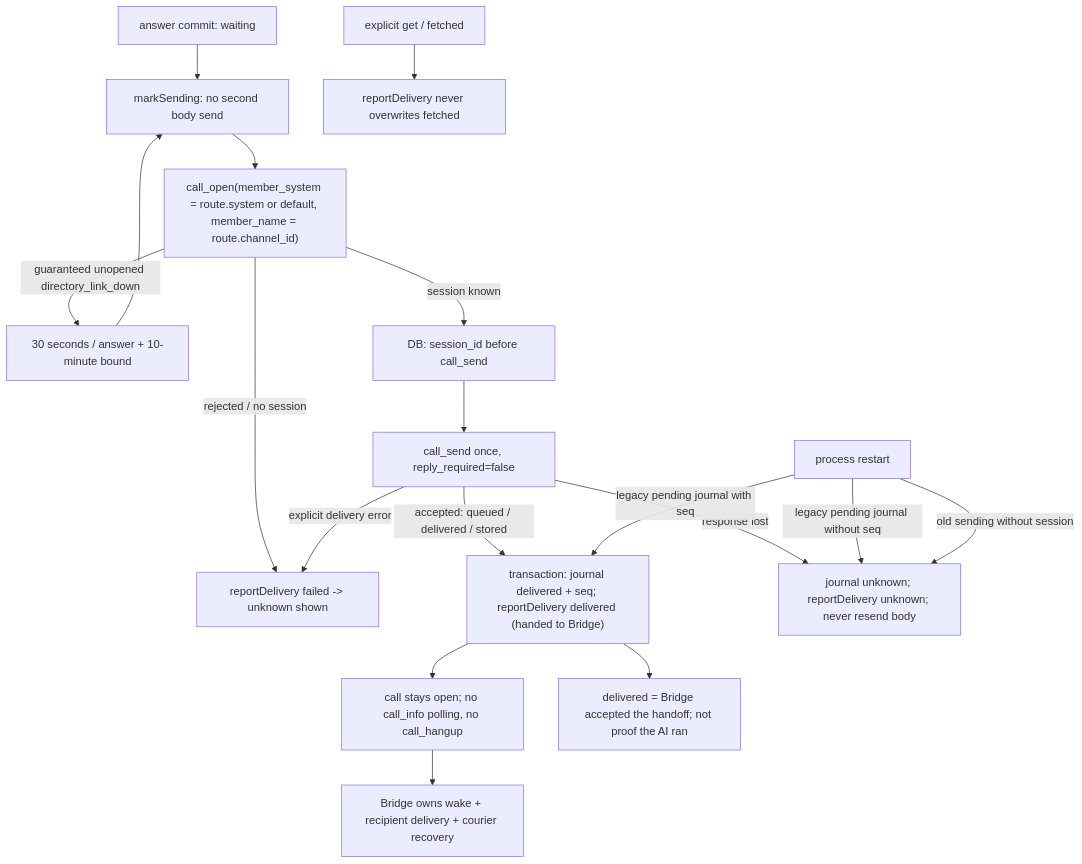
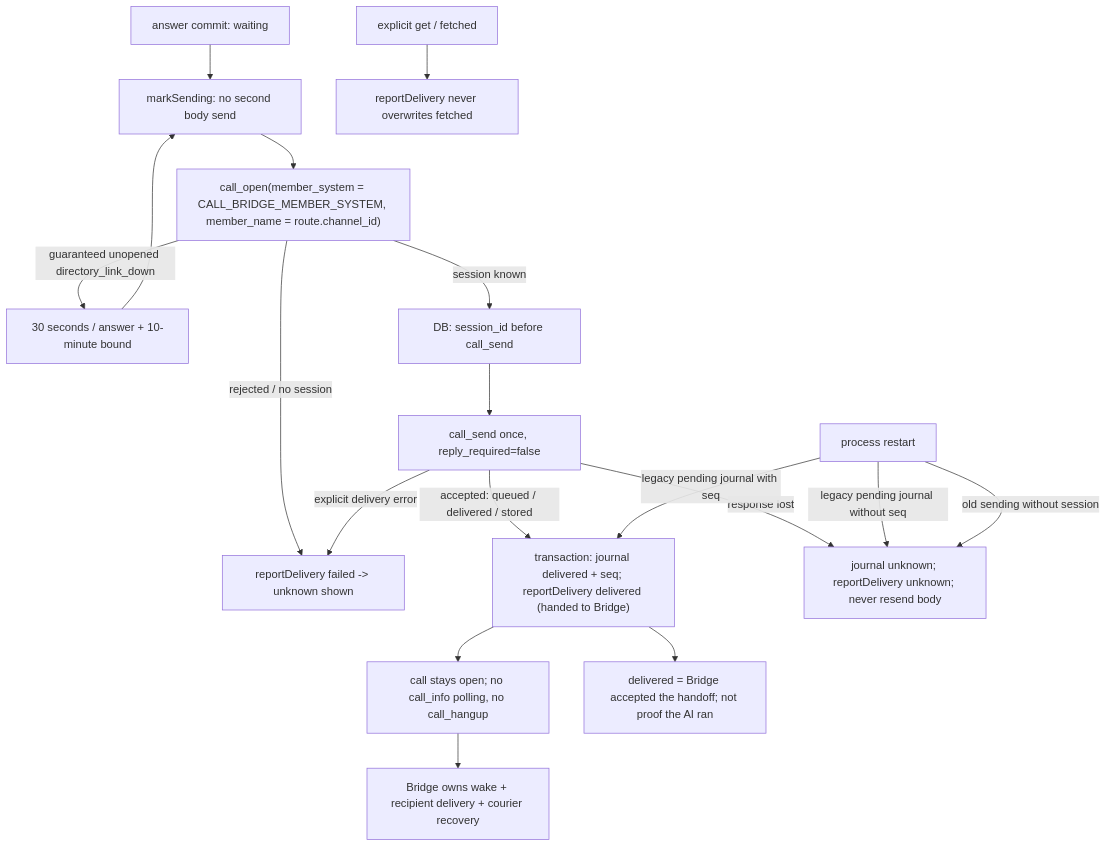
The diagram in docs/architecture/grok-delivery/delivery.mmd (kitepon/approval-box), drawn with Mermaid before and after one commit. The commit also changed 2 other files, not shown here.

Commit message:
docs(delivery): keep the member system per Bridge connection; ordinary routes stay unchanged

```diff
--- a/docs/architecture/grok-delivery/delivery.mmd
+++ b/docs/architecture/grok-delivery/delivery.mmd
@@ -1,18 +1,18 @@
 flowchart TD
  Answer["answer commit: waiting"] --> Claim["markSending: no second body send"]
- Claim --> Open["call_open(member_system = route.system or default, member_name = route.channel_id)"]
+ Claim --> Open["call_open(member_system = CALL_BRIDGE_MEMBER_SYSTEM, member_name = route.channel_id)"]
  Open -->|guaranteed unopened directory_link_down| Retry["30 seconds / answer + 10-minute bound"]
  Retry --> Claim
  Open -->|rejected / no session| Failed["reportDelivery failed -> unknown shown"]
  Open -->|session known| Checkpoint["DB: session_id before call_send"]
  Checkpoint --> Send["call_send once, reply_required=false"]
  Send -->|accepted: queued / delivered / stored| Handed["transaction: journal delivered + seq; reportDelivery delivered (handed to Bridge)"]
  Send -->|explicit delivery error| Failed
  Send -->|response lost| Unknown["journal unknown; reportDelivery unknown; never resend body"]
  Handed --> Open2["call stays open; no call_info polling, no call_hangup"]
  Open2 --> BridgeOwns["Bridge owns wake + recipient delivery + courier recovery"]
  Restart["process restart"] -->|legacy pending journal with seq| Handed
  Restart -->|legacy pending journal without seq| Unknown
  Restart -->|old sending without session| Unknown
  Get["explicit get / fetched"] --> Preserve["reportDelivery never overwrites fetched"]
  Handed --> UI["delivered = Bridge accepted the handoff; not proof the AI ran"]
```
